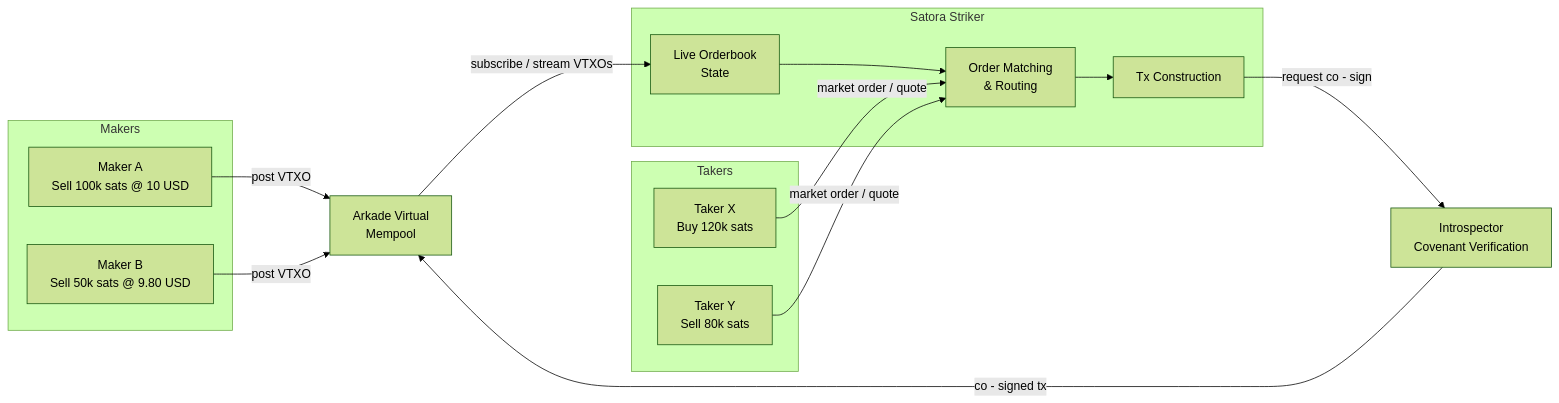
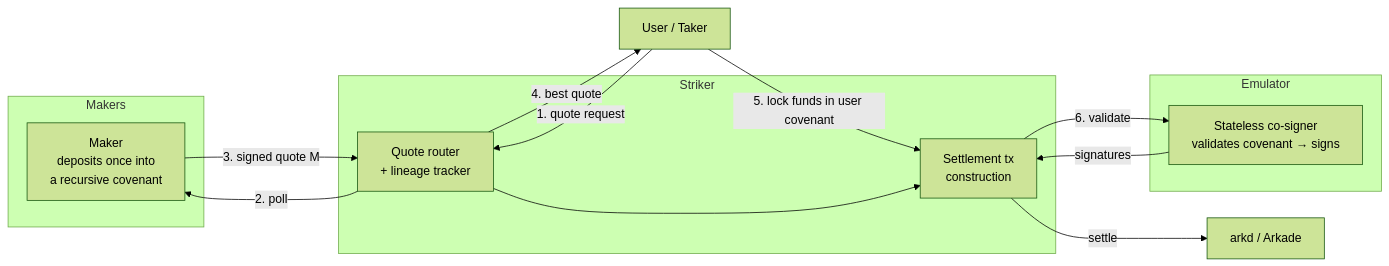
Before and after one commit to satoraHQ/striker: the diagram in README.md, drawn with Mermaid (forest theme). The commit also changed other lines of this file and 1 other file, not shown here.

First line of the commit message:
feat: redesign Striker as an intent-based swap protocol

````diff
--- a/README.md
+++ b/README.md
@@ -38,30 +49,24 @@
 ```mermaid
 graph LR
-subgraph Makers
-M1[Maker A<br/>Sell 100k sats @ 10 USD]
-M2[Maker B<br/>Sell 50k sats @ 9.80 USD]
-end
+  subgraph Makers
+    M[Maker<br/>deposits once into<br/>a recursive covenant]
+  end
+  subgraph Striker
+    R[Quote router<br/>+ lineage tracker]
+    TX[Settlement tx<br/>construction]
+  end
+  subgraph Emulator
+    E[Stateless co-signer<br/>validates covenant → signs]
+  end
+  U[User / Taker]
 
-M1 -->|post VTXO|VM[Arkade Virtual<br/>Mempool]
-M2 -->|post VTXO|VM
-
-subgraph Satora Striker
-OB[Live Orderbook<br/>State]
-ME[Order Matching<br/>& Routing]
-TX[Tx Construction]
-end
-
-VM -->|subscribe / stream VTXOs|OB
-OB --> ME
-
-subgraph Takers
-T1[Taker X<br/>Buy 120k sats]
-T2[Taker Y<br/>Sell 80k sats]
-end
-
-T1 -->|market order / quote|ME
-T2 -->|market order / quote|ME
-ME --> TX
-TX -->|request co - sign|INT[Introspector<br/>Covenant Verification]
-INT -->|co - signed tx|VM
+  U -->|1. quote request| R
+  R -->|2. poll| M
+  M -->|3. signed quote M| R
+  R -->|4. best quote| U
+  U -->|5. lock funds in user covenant| TX
+  R --> TX
+  TX -->|6. validate| E
+  E -->|signatures| TX
+  TX -->|settle| ARKD[arkd / Arkade]
 ```
````
